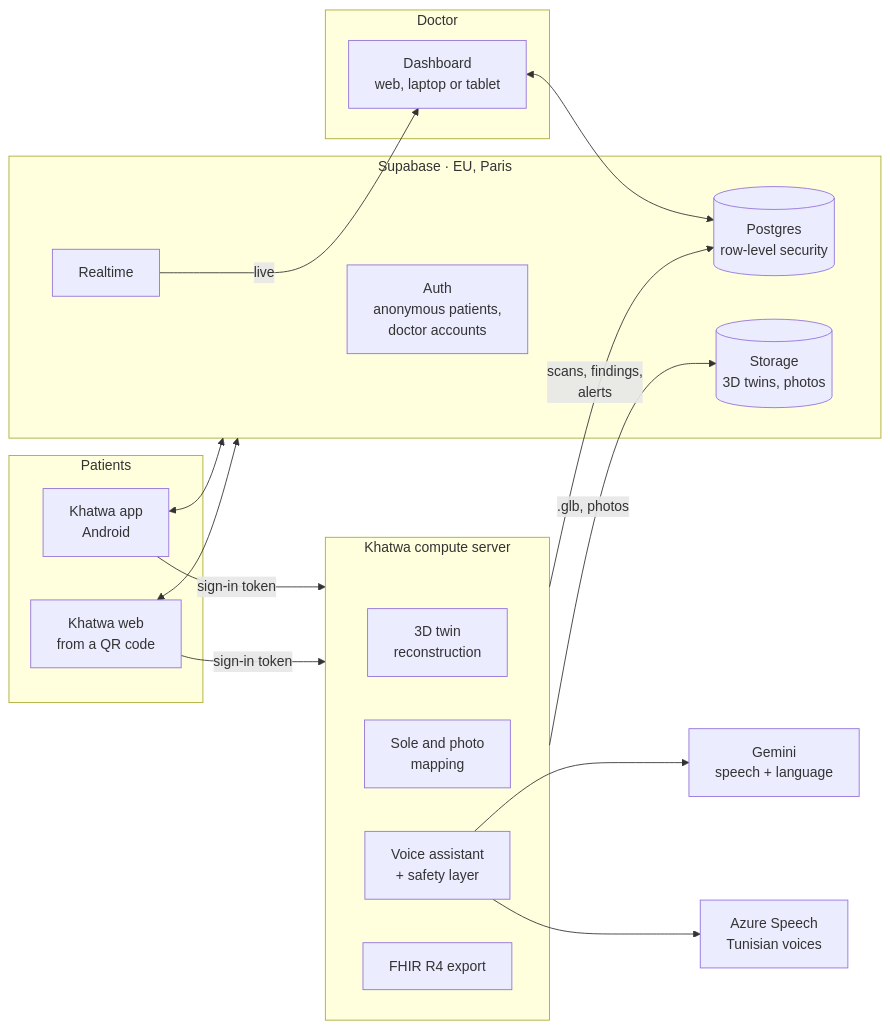
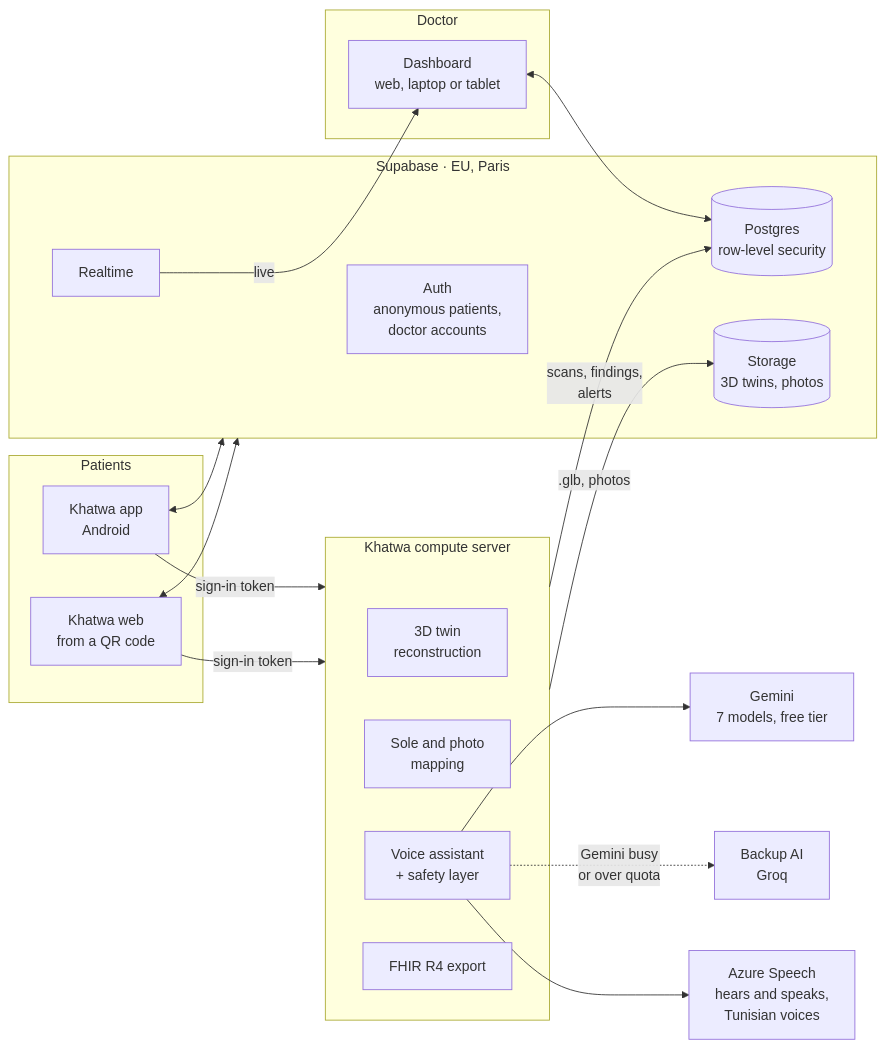
Before and after one commit to cybermo-bot/Khatwa: the first of 5 diagrams in README.md, drawn with Mermaid. The commit also changed other lines of this file, not shown here.

Commit message:
README: education centre, food by hand portions, reminders, one account on any phone, the 3D twin in the daily check, Gemini then a backup AI then the rules, measured answer times

````diff
--- a/README.md
+++ b/README.md
@@ -77,33 +82,35 @@
 ```mermaid
 flowchart LR
     subgraph P["Patients"]
         A["Khatwa app<br/>Android"]
         W["Khatwa web<br/>from a QR code"]
     end
     subgraph D["Doctor"]
         DB["Dashboard<br/>web, laptop or tablet"]
     end
     subgraph S["Supabase · EU, Paris"]
         AU["Auth<br/>anonymous patients,<br/>doctor accounts"]
         PG[("Postgres<br/>row-level security")]
         ST[("Storage<br/>3D twins, photos")]
         RT["Realtime"]
     end
     subgraph C["Khatwa compute server"]
         TW["3D twin<br/>reconstruction"]
         SO["Sole and photo<br/>mapping"]
         VO["Voice assistant<br/>+ safety layer"]
         FH["FHIR R4 export"]
     end
-    G["Gemini<br/>speech + language"]
-    AZ["Azure Speech<br/>Tunisian voices"]
+    G["Gemini<br/>7 models, free tier"]
+    GQ["Backup AI<br/>Groq"]
+    AZ["Azure Speech<br/>hears and speaks,<br/>Tunisian voices"]
 
     A & W -->|"sign-in token"| C
     A & W <--> S
     C -->|"scans, findings,<br/>alerts"| PG
     C -->|".glb, photos"| ST
     RT -->|"live"| DB
     DB <--> PG
     VO --> G
+    VO -.->|"Gemini busy<br/>or over quota"| GQ
     VO --> AZ
 ```
````
